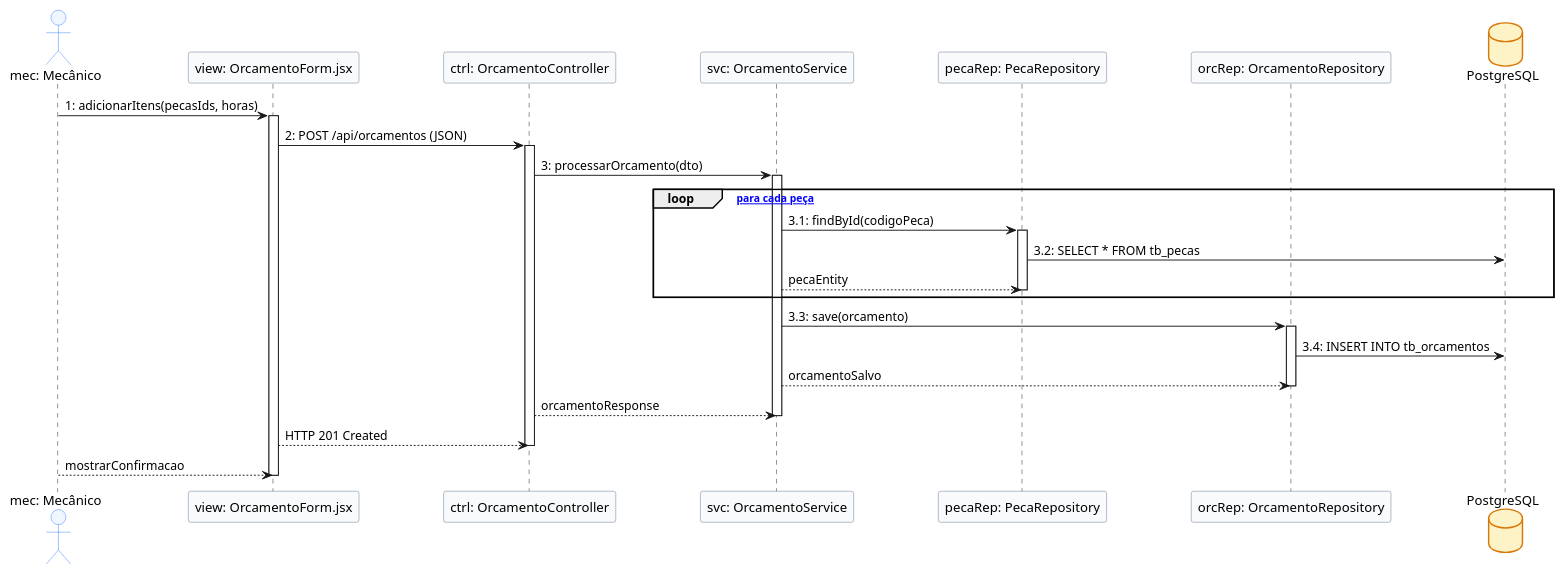
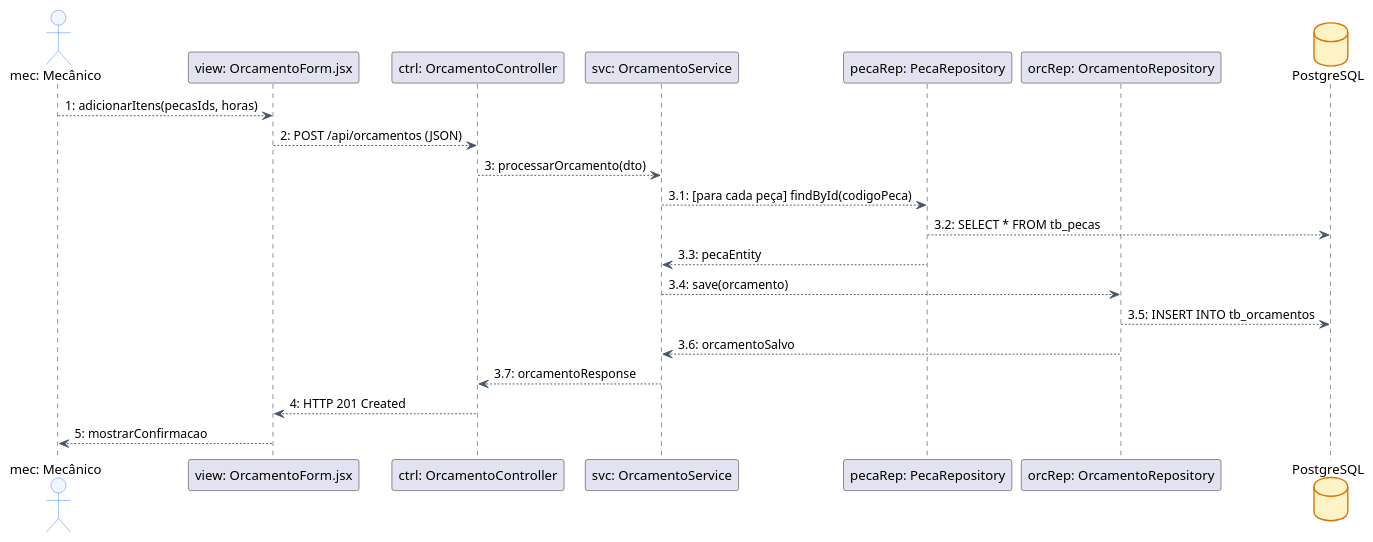
The diagram in Diagramas/PlantUML/Comunicação-02.puml (Mateus7799/Autofix), drawn with PlantUML before and after one commit. The commit also changed 13 other files, not shown here.

Commit message:
docs: corrigindo  diagramas

```diff
--- a/Diagramas/PlantUML/Comunicação-02.puml
+++ b/Diagramas/PlantUML/Comunicação-02.puml
@@ -1,59 +1,33 @@
-@startuml "Comunicação Vertical - Gerar Orçamento"
+@startuml "Comunicação - Gerar Orçamento"
+skinparam shadowing false
+skinparam defaultFontName "Helvetica"
+skinparam monochrome false
+skinparam ObjectBackgroundColor #F8FAFC
+skinparam ObjectBorderColor #64748B
+skinparam DatabaseBackgroundColor #FEF3C7
+skinparam DatabaseBorderColor #D97706
+skinparam ActorBackgroundColor #EFF6FF
+skinparam ActorBorderColor #3B82F6
+skinparam ArrowColor #475569
 
+actor  "mec: Mecânico"               as mec
+participant "view: OrcamentoForm.jsx"     as view
+participant "ctrl: OrcamentoController"   as ctrl
+participant "svc: OrcamentoService"       as svc
+participant "pecaRep: PecaRepository"     as pecaRep
+participant "orcRep: OrcamentoRepository" as orcRep
+database "PostgreSQL"                as db
 
-skinparam shadowed false
-skinparam ParticipantPadding 40
-
-skinparam actor {
-    BackgroundColor #EFF6FF
-    BorderColor #3B82F6
-}
-skinparam participant {
-    BackgroundColor #F8FAFC
-    BorderColor #64748B
-}
-skinparam database {
-    BackgroundColor #FEF3C7
-    BorderColor #D97706
-}
-
-actor "mec: Mecânico" as mec
-participant "view: OrcamentoForm.jsx" as view
-participant "ctrl: OrcamentoController" as ctrl
-participant "svc: OrcamentoService" as svc
-participant "pecaRep: PecaRepository" as pecaRep
-participant "orcRep: OrcamentoRepository" as orcRep
-database "PostgreSQL" as db
-
-mec -> view : 1: adicionarItens(pecasIds, horas)
-activate view
-
-view -> ctrl : 2: POST /api/orcamentos (JSON)
-activate ctrl
-
-ctrl -> svc : 3: processarOrcamento(dto)
-activate svc
-
-loop [loop para cada peça]
-    svc -> pecaRep : 3.1: findById(codigoPeca)
-    activate pecaRep
-    pecaRep -> db : 3.2: SELECT * FROM tb_pecas
-    pecaRep <-- svc : pecaEntity
-    deactivate pecaRep
-end
-
-svc -> orcRep : 3.3: save(orcamento)
-activate orcRep
-orcRep -> db : 3.4: INSERT INTO tb_orcamentos
-orcRep <-- svc : orcamentoSalvo
-deactivate orcRep
-
-svc <-- ctrl : orcamentoResponse
-deactivate svc
-
-ctrl <-- view : HTTP 201 Created
-deactivate ctrl
-
-view <-- mec : mostrarConfirmacao
-deactivate view
+mec     --> view    : 1: adicionarItens(pecasIds, horas)
+view    --> ctrl    : 2: POST /api/orcamentos (JSON)
+ctrl    --> svc     : 3: processarOrcamento(dto)
+svc     --> pecaRep : 3.1: [para cada peça] findById(codigoPeca)
+pecaRep --> db      : 3.2: SELECT * FROM tb_pecas
+pecaRep --> svc     : 3.3: pecaEntity
+svc     --> orcRep  : 3.4: save(orcamento)
+orcRep  --> db      : 3.5: INSERT INTO tb_orcamentos
+orcRep  --> svc     : 3.6: orcamentoSalvo
+svc     --> ctrl    : 3.7: orcamentoResponse
+ctrl    --> view    : 4: HTTP 201 Created
+view    --> mec     : 5: mostrarConfirmacao
 @enduml
```
